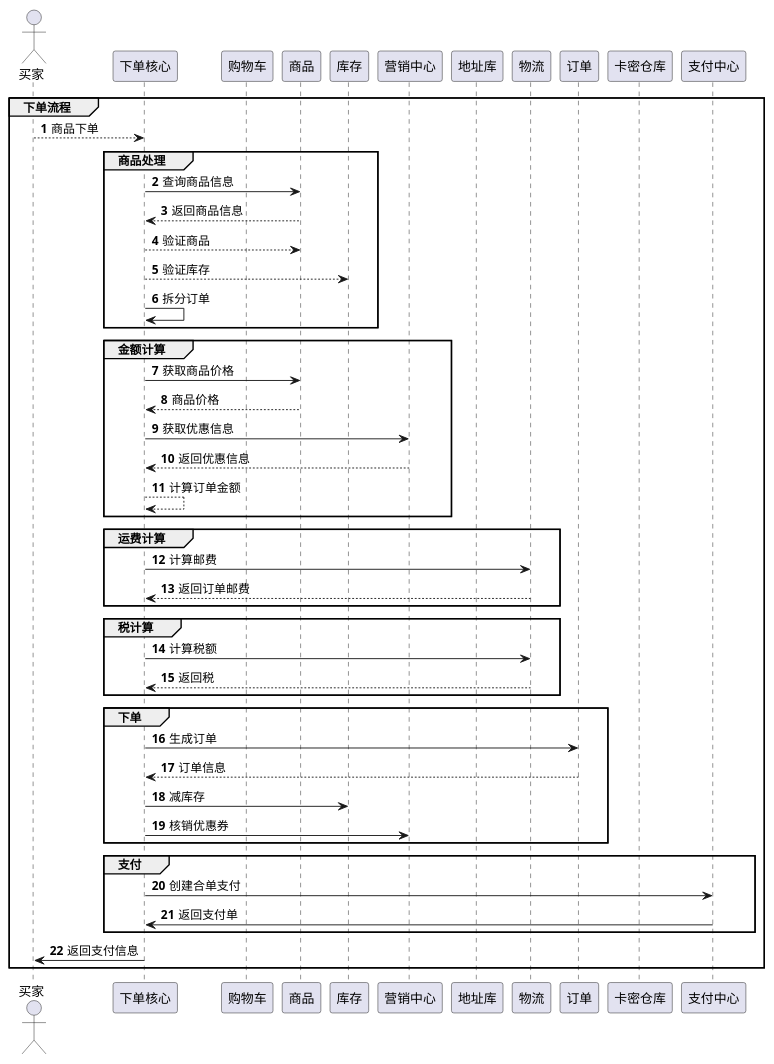
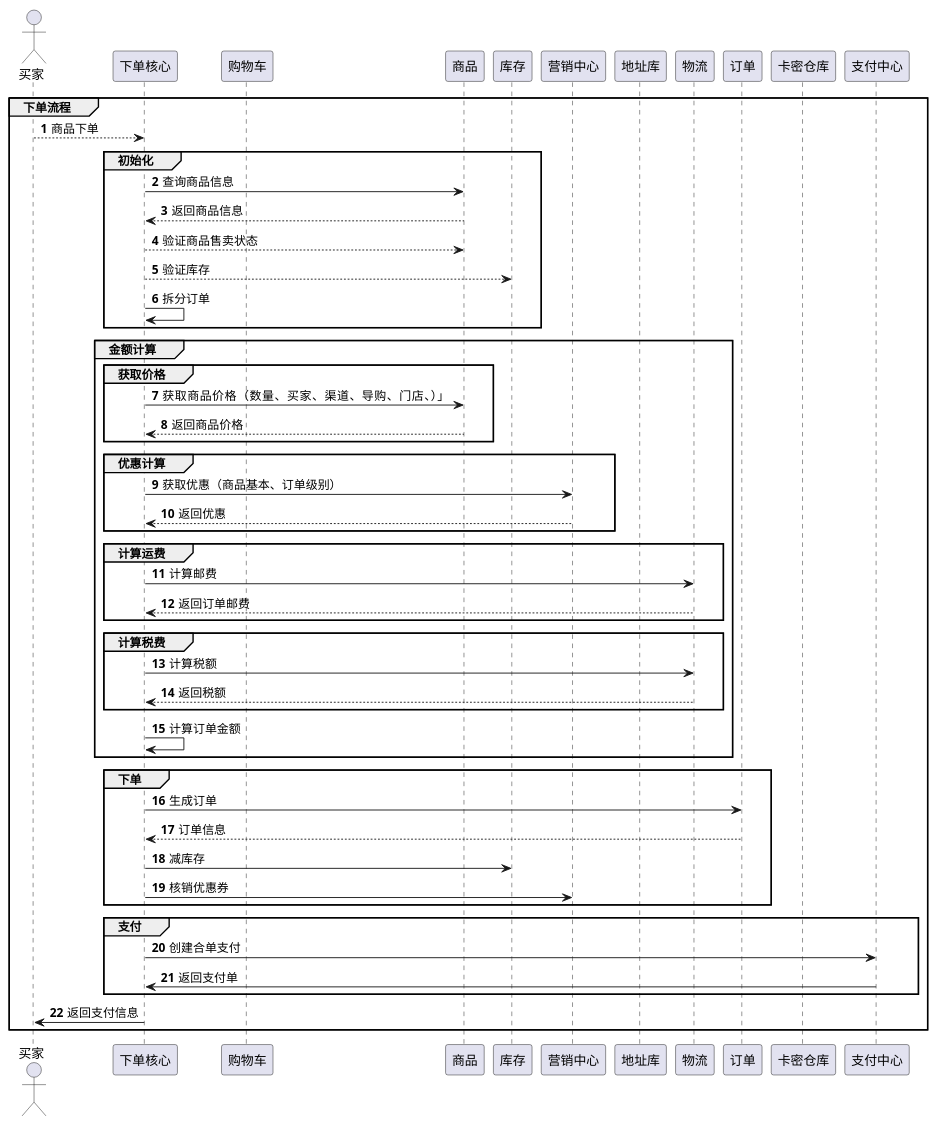
The diagram in docs/shopping/核心流程.puml (red-jasmine/docs), drawn with PlantUML before and after one commit.

Commit message:
feat(Hook): 钩子功能修改

```diff
--- a/docs/shopping/核心流程.puml
+++ b/docs/shopping/核心流程.puml
@@ -1,101 +1,114 @@
 @startuml
 'https://plantuml.com/sequence-diagram
 
 autonumber
 actor 买家
 
 participant 下单核心
 
 participant 购物车
 
 participant 商品
 
 participant 库存
 
 participant 营销中心
 
 participant 地址库
 
 participant 物流
 
 participant 订单
 
 participant 卡密仓库
 
 participant 支付中心
 
 
 
 group 下单流程
 
 买家 --> 下单核心: 商品下单
 
-group 商品处理
+group 初始化
+
 下单核心 -> 商品: 查询商品信息
 商品 --> 下单核心: 返回商品信息
 
-下单核心 --> 商品: 验证商品
+下单核心 --> 商品: 验证商品售卖状态
 下单核心 --> 库存: 验证库存
 
 下单核心 -> 下单核心: 拆分订单
 
 end
 
 
 group 金额计算
 
-下单核心-> 商品: 获取商品价格
+group 获取价格
 
-商品 --> 下单核心: 商品价格
+下单核心-> 商品: 获取商品价格（数量、买家、渠道、导购、门店、）」
+商品 --> 下单核心: 返回商品价格
+end
+
+group 优惠计算
+
+下单核心 -> 营销中心: 获取优惠（商品基本、订单级别）
+
+营销中心 --> 下单核心: 返回优惠
+
+end 计算优惠
 
 
-下单核心 -> 营销中心: 获取优惠信息
-
-营销中心 --> 下单核心: 返回优惠信息
-
-下单核心 --> 下单核心: 计算订单金额
-end
-
-group 运费计算
+group 计算运费
 
 下单核心 -> 物流 : 计算邮费
 
 物流 --> 下单核心: 返回订单邮费
+
 end
 
-group 税计算
+group 计算税费
 
 下单核心 -> 物流 : 计算税额
 
-物流 --> 下单核心: 返回税
+物流 --> 下单核心: 返回税额
 end
+
+
+下单核心 -> 下单核心: 计算订单金额
+
+end
+
+
+
 
 group 下单
 下单核心-> 订单: 生成订单
 订单 --> 下单核心: 订单信息
 下单核心-> 库存: 减库存
 下单核心-> 营销中心: 核销优惠券
 end
 
 
 group 支付
 
 下单核心 -> 支付中心: 创建合单支付
 
 支付中心 -> 下单核心: 返回支付单
 
 end group
 
 下单核心-> 买家: 返回支付信息
 
 end group
 
 
 
 
 
 
 
 
 
 @enduml
```
